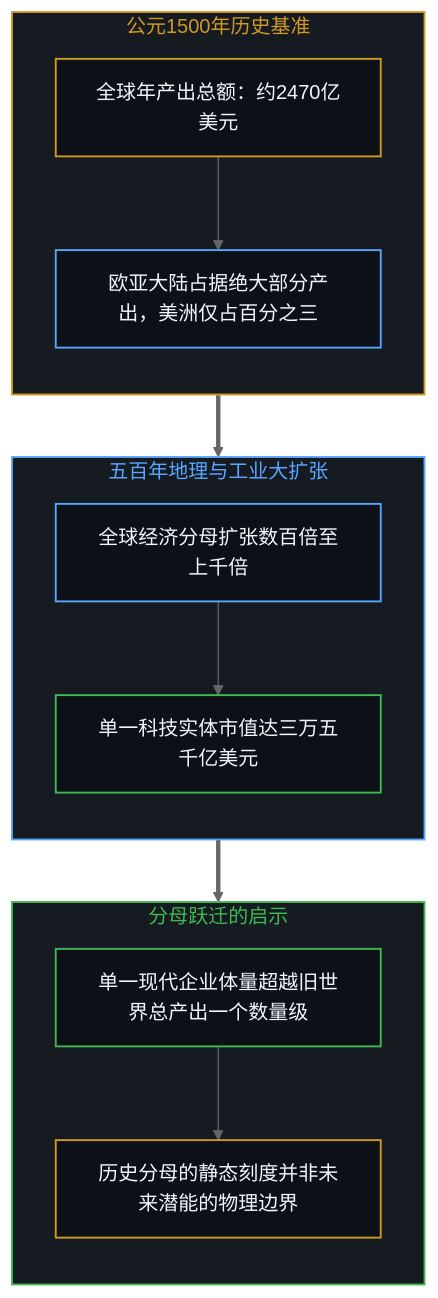
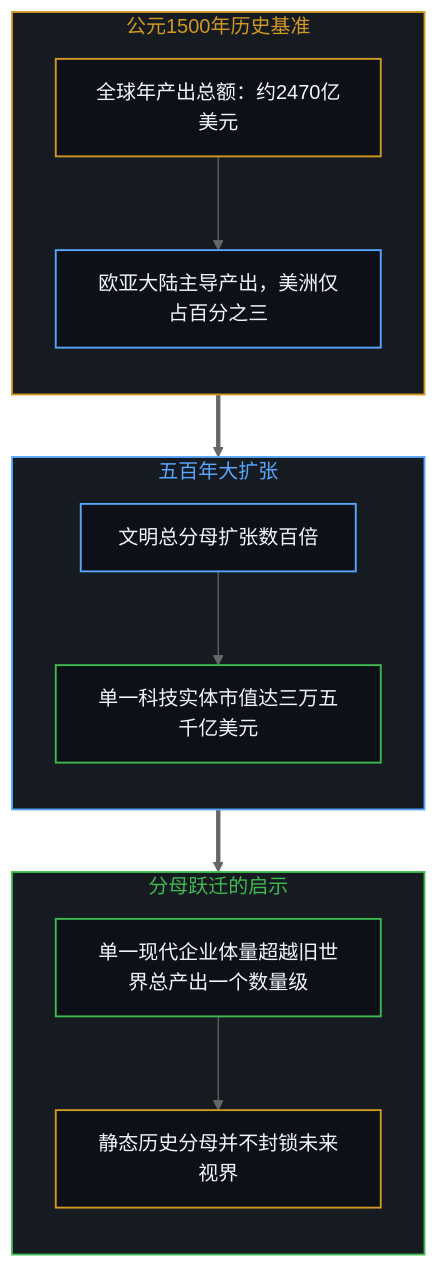
One commit to powerpig99/not-a-toe changed the first of 14 diagrams in content/posts/beyond-the-hundred-trillion-horizon.md. Above: the diagram before and after it, drawn with Mermaid (neutral theme). The commit also changed other lines of this file and 6 other files, not shown here.

````diff
--- a/content/posts/beyond-the-hundred-trillion-horizon.md
+++ b/content/posts/beyond-the-hundred-trillion-horizon.md
@@ -21,36 +21,31 @@
 ```mermaid
 flowchart TD
     classDef default fill:#0d1117,stroke:#30363d,stroke-width:1px,color:#f0f6fc;
     classDef mind fill:#0d1117,stroke:#3fb950,stroke-width:1.5px,color:#f0f6fc;
     classDef warn fill:#0d1117,stroke:#d29922,stroke-width:1.5px,color:#f0f6fc;
     classDef fail fill:#0d1117,stroke:#f85149,stroke-width:1.5px,color:#f0f6fc;
     classDef model fill:#0d1117,stroke:#58a6ff,stroke-width:1.5px,color:#f0f6fc;
-
     subgraph S_PAST_ZH ["公元1500年历史基准"]
         direction TB
         Y1500["全球年产出总额：约2470亿美元"]:::warn
-        OLD_WORLD["欧亚大陆占据绝大部分产出，美洲仅占百分之三"]:::model
+        OLD_WORLD["欧亚大陆主导产出，美洲仅占百分之三"]:::model
         Y1500 --> OLD_WORLD
     end
-
-    subgraph S_GROWTH_ZH ["五百年地理与工业大扩张"]
+    subgraph S_GROWTH_ZH ["五百年大扩张"]
         direction TB
-        EXP["全球经济分母扩张数百倍至上千倍"]:::model
+        EXP["文明总分母扩张数百倍"]:::model
         CORP_SCALE["单一科技实体市值达三万五千亿美元"]:::mind
         EXP --> CORP_SCALE
     end
-
     subgraph S_SHIFT_ZH ["分母跃迁的启示"]
         direction TB
         RATIO["单一现代企业体量超越旧世界总产出一个数量级"]:::mind
-        DENOM_LESSON["历史分母的静态刻度并非未来潜能的物理边界"]:::warn
+        DENOM_LESSON["静态历史分母并不封锁未来视界"]:::warn
         RATIO --> DENOM_LESSON
     end
-
     S_PAST_ZH ==> S_GROWTH_ZH
     S_GROWTH_ZH ==> S_SHIFT_ZH
-
     style S_PAST_ZH fill:#161b22,stroke:#d29922,stroke-width:1.5px,color:#d29922
     style S_GROWTH_ZH fill:#161b22,stroke:#58a6ff,stroke-width:1.5px,color:#58a6ff
     style S_SHIFT_ZH fill:#161b22,stroke:#3fb950,stroke-width:1.5px,color:#3fb950
 ```
````
